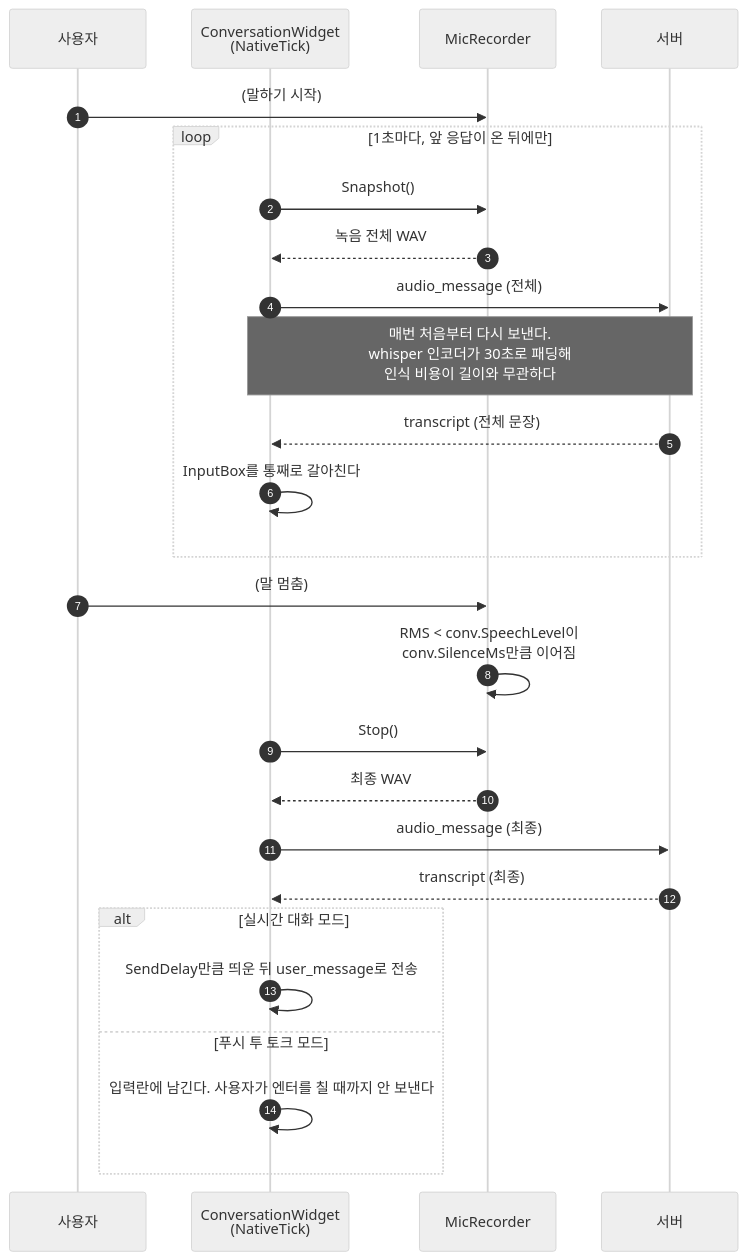
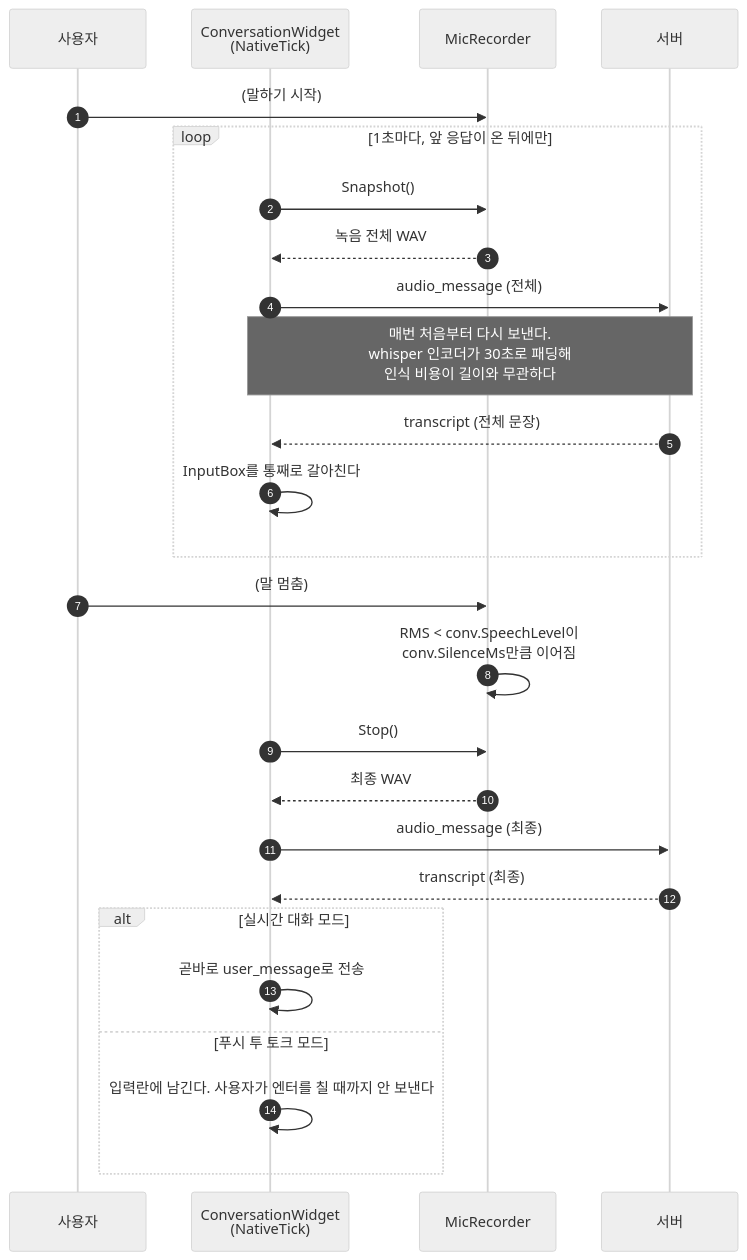
Before and after one commit to originEdu/Local_Conversational_AI: the fourth of 8 diagrams in docs/시퀀스 다이어그램/시퀀스-stt-tts.md, drawn with Mermaid (neutral theme). The commit also changed 5 other files, not shown here.

````diff
--- a/docs/시퀀스 다이어그램/시퀀스-stt-tts.md
+++ b/docs/시퀀스 다이어그램/시퀀스-stt-tts.md
@@ -115,31 +115,31 @@
 ```mermaid
 sequenceDiagram
     autonumber
     participant U as 사용자
     participant W as ConversationWidget<br/>(NativeTick)
     participant R as MicRecorder
     participant SV as 서버
 
     U->>R: (말하기 시작)
     loop 1초마다, 앞 응답이 온 뒤에만
         W->>R: Snapshot()
         R-->>W: 녹음 전체 WAV
         W->>SV: audio_message (전체)
         Note over W,SV: 매번 처음부터 다시 보낸다.<br/>whisper 인코더가 30초로 패딩해<br/>인식 비용이 길이와 무관하다
         SV-->>W: transcript (전체 문장)
         W->>W: InputBox를 통째로 갈아친다
     end
 
     U->>R: (말 멈춤)
     R->>R: RMS < conv.SpeechLevel이<br/>conv.SilenceMs만큼 이어짐
     W->>R: Stop()
     R-->>W: 최종 WAV
     W->>SV: audio_message (최종)
     SV-->>W: transcript (최종)
 
     alt 실시간 대화 모드
-        W->>W: SendDelay만큼 띄운 뒤 user_message로 전송
+        W->>W: 곧바로 user_message로 전송
     else 푸시 투 토크 모드
         W->>W: 입력란에 남긴다. 사용자가 엔터를 칠 때까지 안 보낸다
     end
 ```
````
